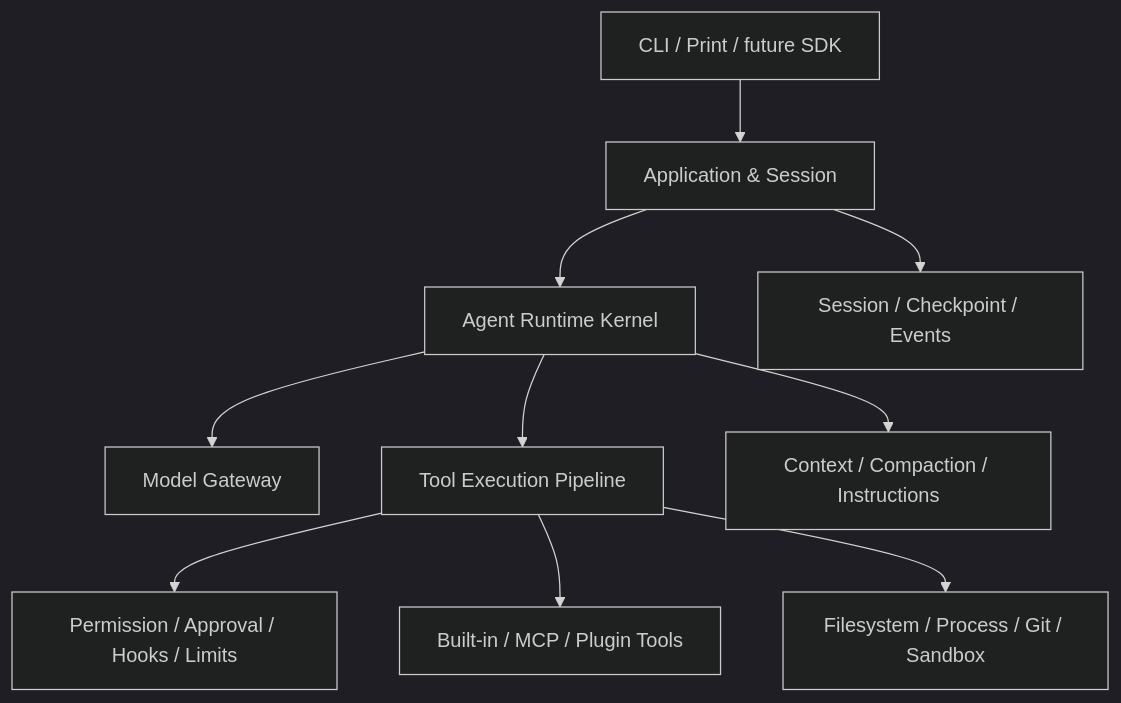
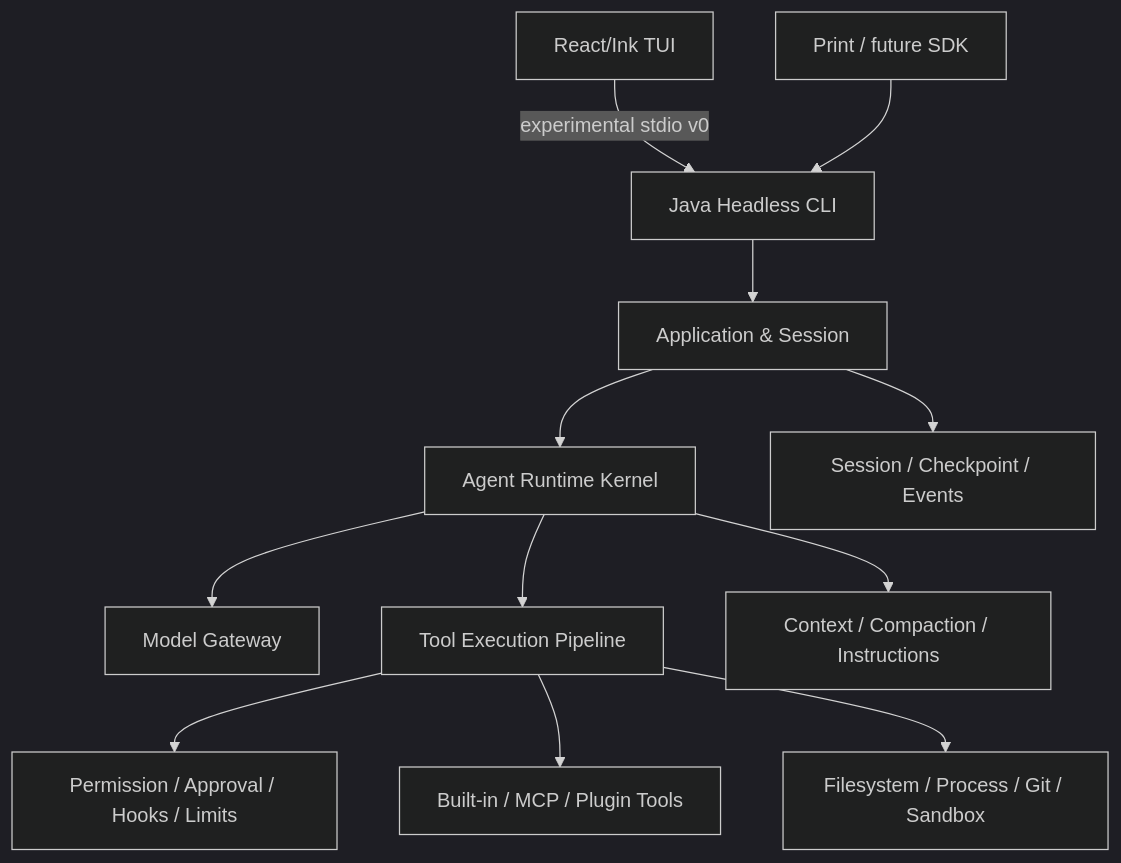
Before and after one commit to liumaishenjian/cc-java: the diagram in README.md, drawn with Mermaid (dark theme). The commit also changed other lines of this file and 15 other files, not shown here.

Commit message:
docs: adopt headless runtime and ink tui for s02

````diff
--- a/README.md
+++ b/README.md
@@ -91,12 +92,14 @@
 ```mermaid
 flowchart TB
-    UI["CLI / Print / future SDK"] --> APP["Application & Session"]
+    TUI["React/Ink TUI"] -->|"experimental stdio v0"| HOST["Java Headless CLI"]
+    PRINT["Print / future SDK"] --> HOST
+    HOST --> APP["Application & Session"]
     APP --> LOOP["Agent Runtime Kernel"]
     LOOP --> MODEL["Model Gateway"]
     LOOP --> PIPE["Tool Execution Pipeline"]
     PIPE --> CONTROL["Permission / Approval / Hooks / Limits"]
     PIPE --> TOOLS["Built-in / MCP / Plugin Tools"]
     LOOP --> CONTEXT["Context / Compaction / Instructions"]
     APP --> STORE["Session / Checkpoint / Events"]
     PIPE --> EXEC["Filesystem / Process / Git / Sandbox"]
 ```
````
